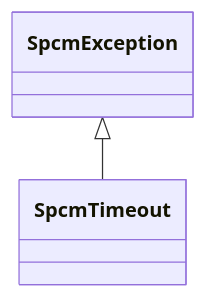
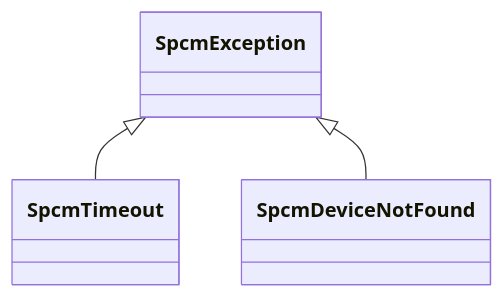
Before and after one commit to SpectrumInstrumentation/spcm: the third of 4 diagrams in src/spcm/README.md, drawn with Mermaid. The commit also changed other lines of this file, not shown here.

Commit message:
Added Gated and SpcmDeviceNotFound classes to the documentation

````diff
--- a/src/spcm/README.md
+++ b/src/spcm/README.md
@@ -118,8 +122,9 @@
 ```mermaid
 
 classDiagram
   class SpcmTimeout
   class SpcmException
   SpcmException <|-- SpcmTimeout
+  SpcmException <|-- SpcmDeviceNotFound
 
 ```
````
